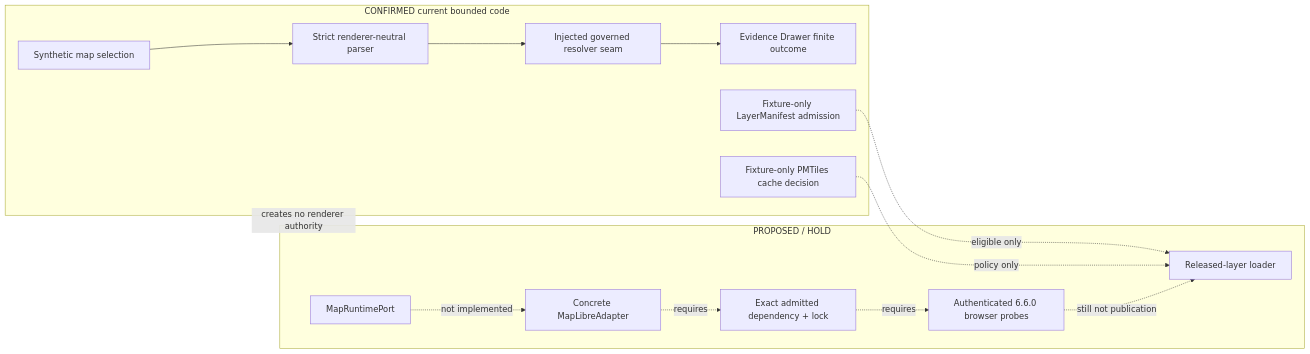
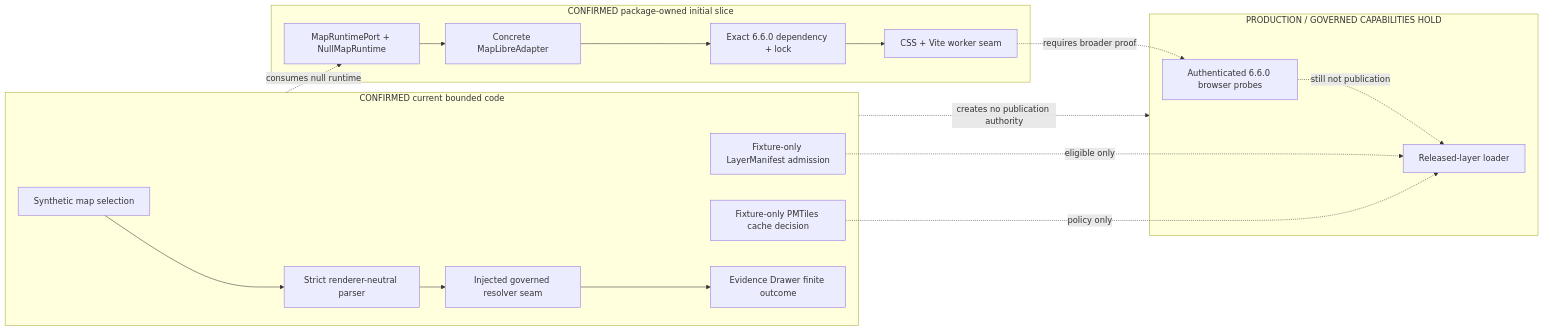
One commit to bartytime4life/Kansas-Frontier-Matrix changed the first of 2 diagrams in docs/architecture/map-master/RENDERER_BOUNDARY.md. Above: the diagram before and after it, drawn with Mermaid. The commit also changed other lines of this file, not shown here.

Commit message:
docs(maplibre): reconcile renderer boundary facts

````diff
--- a/docs/architecture/map-master/RENDERER_BOUNDARY.md
+++ b/docs/architecture/map-master/RENDERER_BOUNDARY.md
@@ -232,29 +248,33 @@
 ```mermaid
 flowchart LR
   subgraph Current["CONFIRMED current bounded code"]
     S["Synthetic map selection"]
     P["Strict renderer-neutral parser"]
     R["Injected governed resolver seam"]
     D["Evidence Drawer finite outcome"]
     A["Fixture-only LayerManifest admission"]
     C["Fixture-only PMTiles cache decision"]
     S --> P --> R --> D
   end
 
-  subgraph Held["PROPOSED / HOLD"]
-    MR["MapRuntimePort"]
+  subgraph Implemented["CONFIRMED package-owned initial slice"]
+    MR["MapRuntimePort + NullMapRuntime"]
     MLA["Concrete MapLibreAdapter"]
-    DEP["Exact admitted dependency + lock"]
+    DEP["Exact 6.6.0 dependency + lock"]
+    VITE["CSS + Vite worker seam"]
+    MR --> MLA --> DEP --> VITE
+  end
+
+  subgraph Held["PRODUCTION / GOVERNED CAPABILITIES HOLD"]
     BP["Authenticated 6.6.0 browser probes"]
     LOAD["Released-layer loader"]
   end
 
   A -. eligible only .-> LOAD
   C -. policy only .-> LOAD
-  MR -. not implemented .-> MLA
-  MLA -. requires .-> DEP
-  DEP -. requires .-> BP
+  VITE -. requires broader proof .-> BP
   BP -. still not publication .-> LOAD
 
-  Current -. creates no renderer authority .-> Held
+  Current -. consumes null runtime .-> MR
+  Current -. creates no publication authority .-> Held
 ```
````
